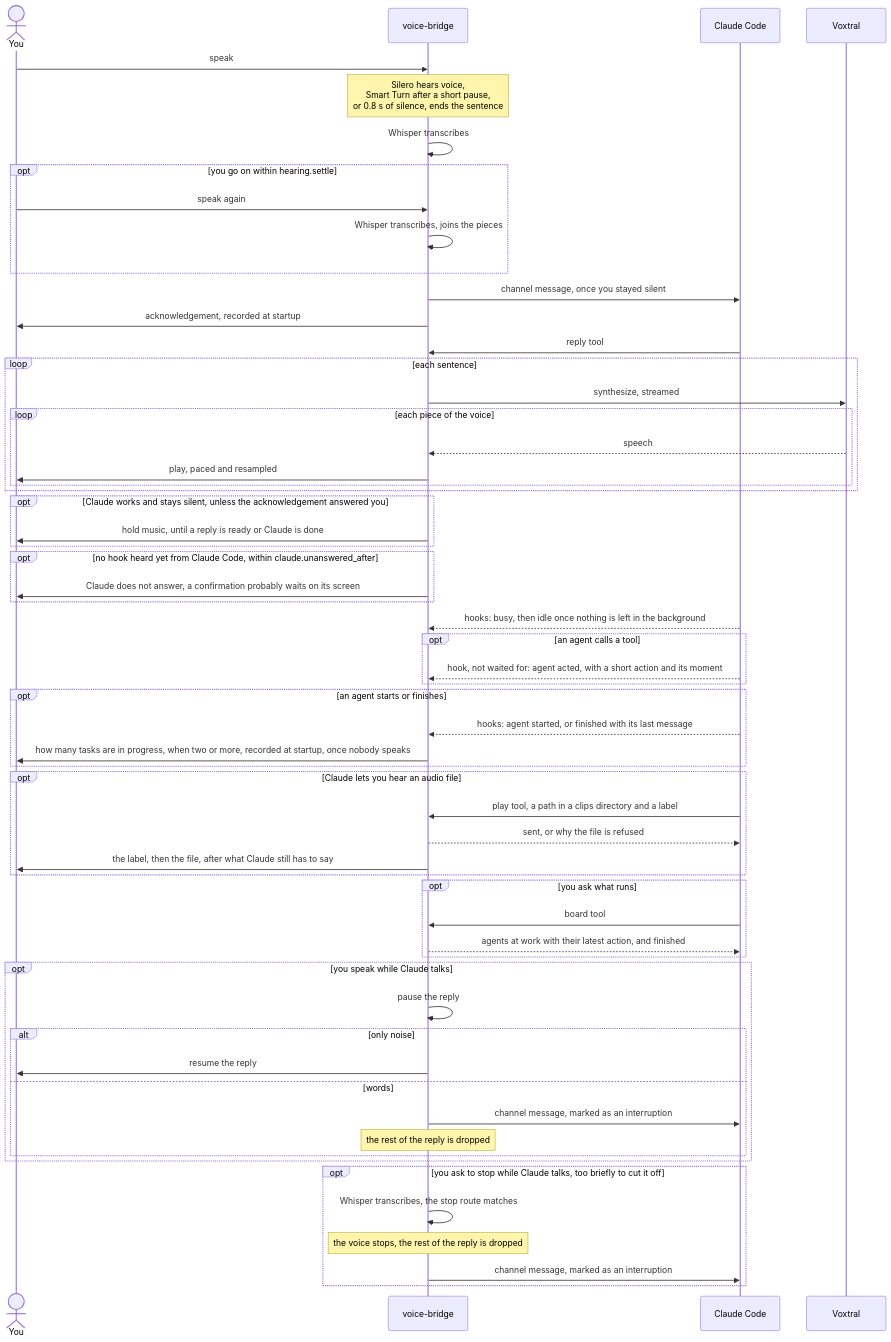
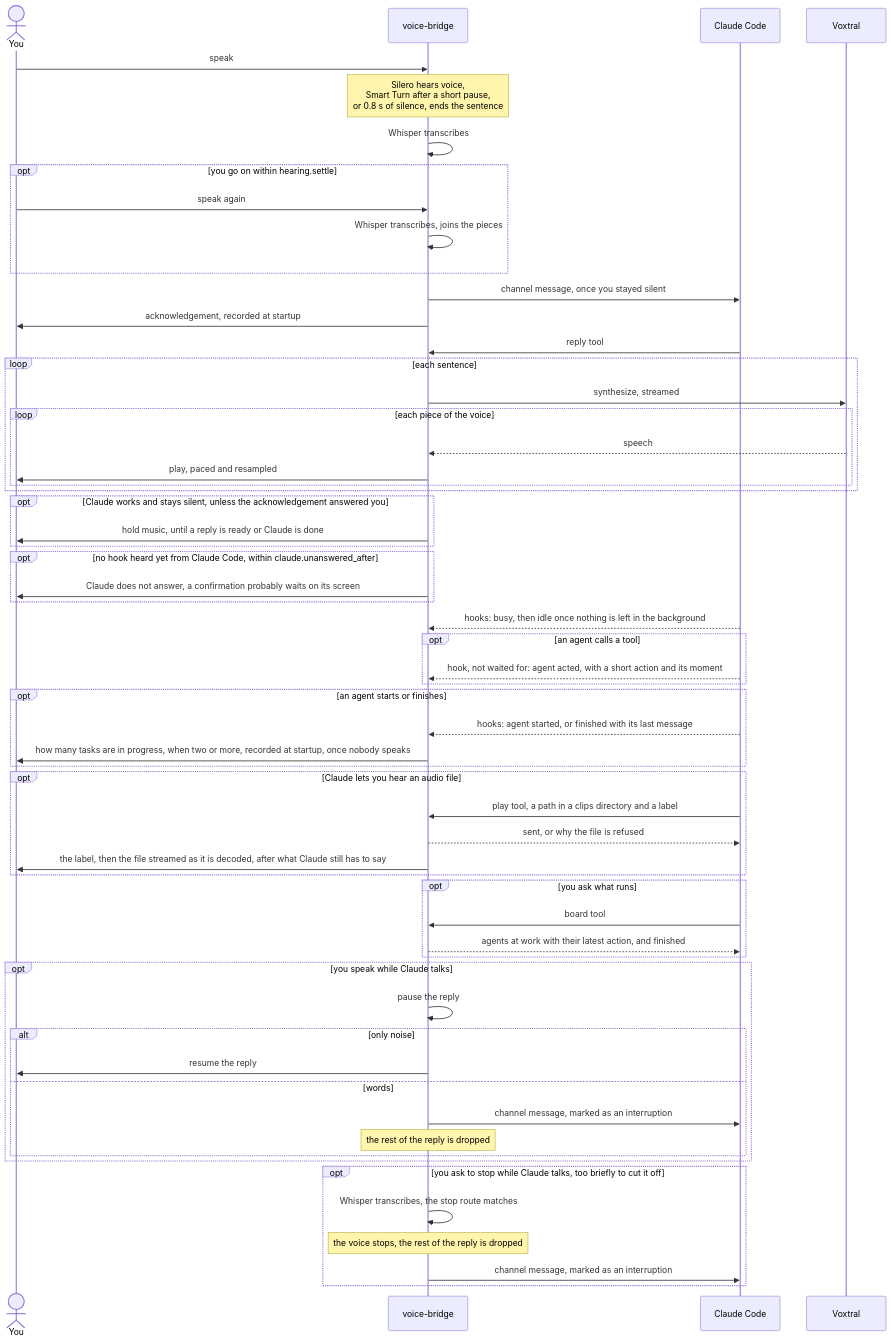
The second of 3 diagrams in README.md (marc-gavanier/voice-bridge), drawn with Mermaid before and after one commit. The commit also changed other lines of this file and 17 other files, not shown here.

````diff
--- a/README.md
+++ b/README.md
@@ -52,62 +52,62 @@
 ```mermaid
 sequenceDiagram
     actor you as You
     participant bridge as voice-bridge
     participant claude as Claude Code
     participant voxtral as Voxtral
 
     you->>bridge: speak
     Note over bridge: Silero hears voice,<br/>Smart Turn after a short pause,<br/>or 0.8 s of silence, ends the sentence
     bridge->>bridge: Whisper transcribes
     opt you go on within hearing.settle
         you->>bridge: speak again
         bridge->>bridge: Whisper transcribes, joins the pieces
     end
     bridge->>claude: channel message, once you stayed silent
     bridge->>you: acknowledgement, recorded at startup
     claude->>bridge: reply tool
     loop each sentence
         bridge->>voxtral: synthesize, streamed
         loop each piece of the voice
             voxtral-->>bridge: speech
             bridge->>you: play, paced and resampled
         end
     end
     opt Claude works and stays silent, unless the acknowledgement answered you
         bridge->>you: hold music, until a reply is ready or Claude is done
     end
     opt no hook heard yet from Claude Code, within claude.unanswered_after
         bridge->>you: Claude does not answer, a confirmation probably waits on its screen
     end
     claude-->>bridge: hooks: busy, then idle once nothing is left in the background
     opt an agent calls a tool
         claude-->>bridge: hook, not waited for: agent acted, with a short action and its moment
     end
     opt an agent starts or finishes
         claude-->>bridge: hooks: agent started, or finished with its last message
         bridge->>you: how many tasks are in progress, when two or more, recorded at startup, once nobody speaks
     end
     opt Claude lets you hear an audio file
         claude->>bridge: play tool, a path in a clips directory and a label
         bridge-->>claude: sent, or why the file is refused
-        bridge->>you: the label, then the file, after what Claude still has to say
+        bridge->>you: the label, then the file streamed as it is decoded, after what Claude still has to say
     end
     opt you ask what runs
         claude->>bridge: board tool
         bridge-->>claude: agents at work with their latest action, and finished
     end
     opt you speak while Claude talks
         bridge->>bridge: pause the reply
         alt only noise
             bridge->>you: resume the reply
         else words
             bridge->>claude: channel message, marked as an interruption
             Note over bridge: the rest of the reply is dropped
         end
     end
     opt you ask to stop while Claude talks, too briefly to cut it off
         bridge->>bridge: Whisper transcribes, the stop route matches
         Note over bridge: the voice stops, the rest of the reply is dropped
         bridge->>claude: channel message, marked as an interruption
     end
 ```
````
